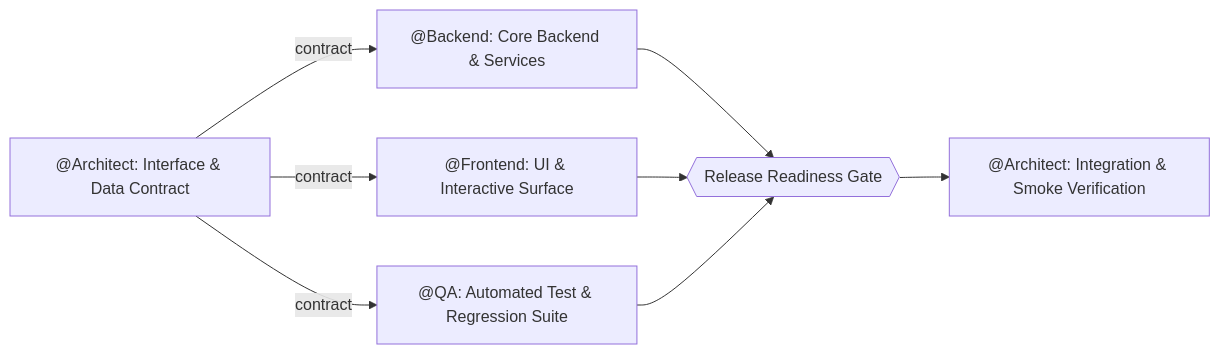
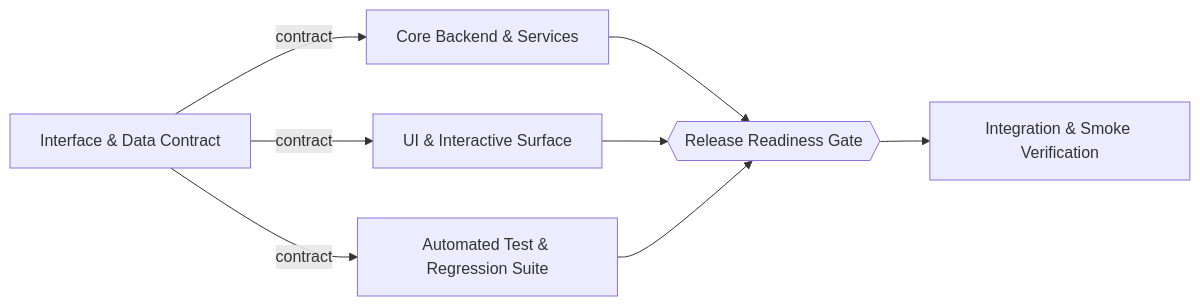
Before and after one commit to Daijunfan/Aexus-Code: the first of 2 diagrams in examples/blueprints/feature-ship.md, drawn with Mermaid. The commit also changed other lines of this file and 184 other files, not shown here.

First line of the commit message:
feat(ade): commercial-grade backend/frontend overhaul & 24-shot 2x Retina promo showcase

````diff
--- a/examples/blueprints/feature-ship.md
+++ b/examples/blueprints/feature-ship.md
@@ -5,10 +7,15 @@
 ```mermaid
 flowchart LR
-  N1["@Architect: Interface & Data Contract"] -->|contract| N2["@Backend: Core Backend & Services"]
-  N1 -->|contract| N3["@Frontend: UI & Interactive Surface"]
-  N1 -->|contract| N4["@QA: Automated Test & Regression Suite"]
-  N2 --> U1{{"Release Readiness Gate"}}
-  N3 --> U1
-  N4 --> U1
-  U1 --> N5["@Architect: Integration & Smoke Verification"]
+  T1["Interface & Data Contract"] -->|contract| T2["Core Backend & Services"]
+  T1 -->|contract| T3["UI & Interactive Surface"]
+  T1 -->|contract| T4["Automated Test & Regression Suite"]
+  T2 --> U1{{"Release Readiness Gate"}}
+  T3 --> U1
+  T4 --> U1
+  U1 --> T5["Integration & Smoke Verification"]
+  %% task T1 [owner=Architect, min_tier=1, dept=Executive]
+  %% task T2 [owner=Backend, min_tier=2, dept=Backend]
+  %% task T3 [owner=Frontend, min_tier=2, dept=Frontend]
+  %% task T4 [owner=Architect, min_tier=2, dept=Quality]
+  %% task T5 [owner=Architect, min_tier=1, dept=Executive]
 ```
````
